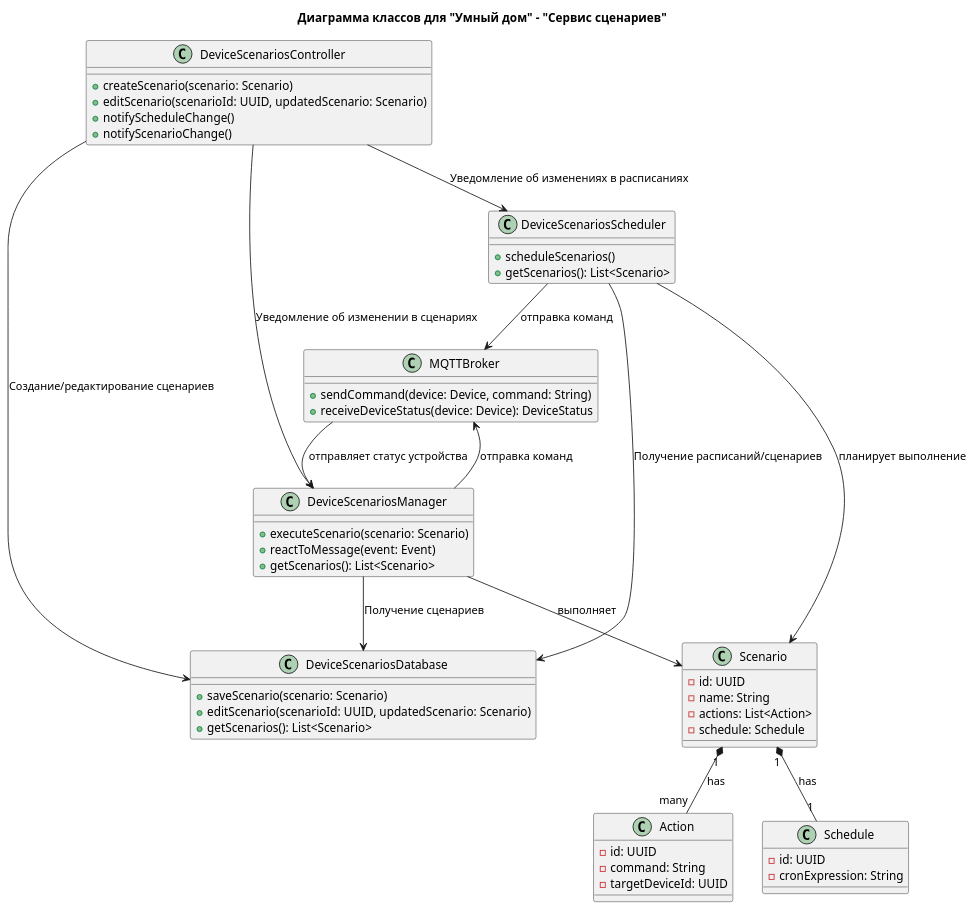
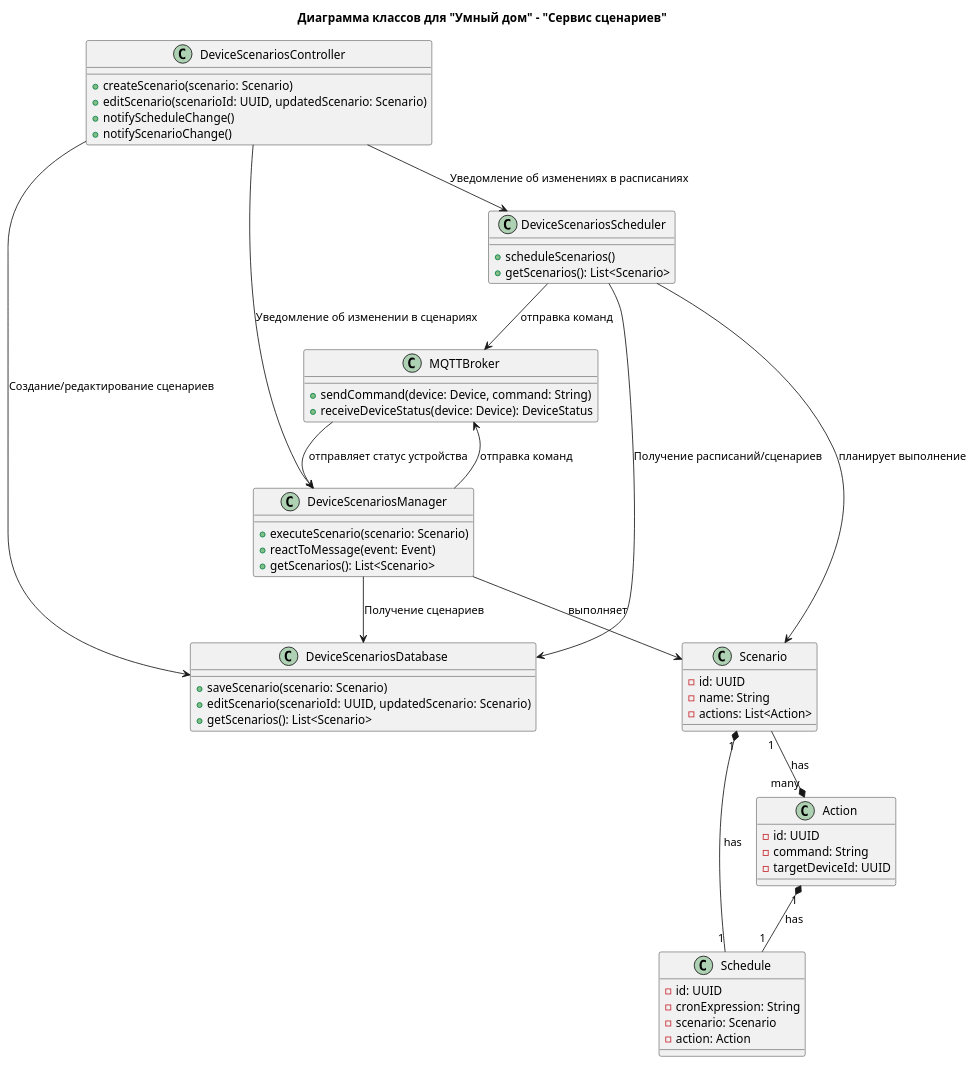
The diagram in diagrams/code/Code_device_scenarios_service.puml (pe4enko/archiya-arch-tecture-sprint-3), drawn with PlantUML before and after one commit. The commit also changed 2 other files, not shown here.

```diff
--- a/diagrams/code/Code_device_scenarios_service.puml
+++ b/diagrams/code/Code_device_scenarios_service.puml
@@ -1,71 +1,72 @@
 @startuml
 title Диаграмма классов для "Умный дом" - "Сервис сценариев"
 
 'class Gateway {
 '    +manageDevices()
 '    +manageSchedules()
 '    +manageScenarios()
 '}
 
 class MQTTBroker {
     +sendCommand(device: Device, command: String)
     +receiveDeviceStatus(device: Device): DeviceStatus
 }
 
 class DeviceScenariosController {
     +createScenario(scenario: Scenario)
     +editScenario(scenarioId: UUID, updatedScenario: Scenario)
     +notifyScheduleChange()
     +notifyScenarioChange()
 }
 
 class DeviceScenariosScheduler {
     +scheduleScenarios()
     +getScenarios(): List<Scenario>
 }
 
 class DeviceScenariosManager {
     +executeScenario(scenario: Scenario)
     +reactToMessage(event: Event)
     +getScenarios(): List<Scenario>
 }
 
 class Scenario {
     -id: UUID
     -name: String
     -actions: List<Action>
-    -schedule: Schedule
 }
 
 class Action {
     -id: UUID
     -command: String
     -targetDeviceId: UUID
 }
 
 class Schedule {
     -id: UUID
     -cronExpression: String
+    -scenario: Scenario
+    -action: Action
 }
 
 class DeviceScenariosDatabase {
     +saveScenario(scenario: Scenario)
     +editScenario(scenarioId: UUID, updatedScenario: Scenario)
     +getScenarios(): List<Scenario>
 }
 
-'Gateway --> DeviceScenariosController : Управляет
 DeviceScenariosController --> DeviceScenariosScheduler : Уведомление об изменениях в расписаниях
 DeviceScenariosController --> DeviceScenariosManager : Уведомление об изменении в сценариях
 DeviceScenariosController --> DeviceScenariosDatabase : Создание/редактирование сценариев
 DeviceScenariosScheduler --> DeviceScenariosDatabase : Получение расписаний/сценариев
 DeviceScenariosManager --> DeviceScenariosDatabase : Получение сценариев
 DeviceScenariosScheduler --> MQTTBroker : отправка команд
 DeviceScenariosManager --> MQTTBroker : отправка команд
 MQTTBroker --> DeviceScenariosManager : отправляет статус устройства
-Scenario "1" *-- "many" Action : has
+Scenario "1" --* "many" Action : has
 Scenario "1" *-- "1" Schedule : has
+Action "1" *-- "1" Schedule : has
 DeviceScenariosScheduler --> Scenario : планирует выполнение
 DeviceScenariosManager --> Scenario : выполняет
 
 @enduml
```
